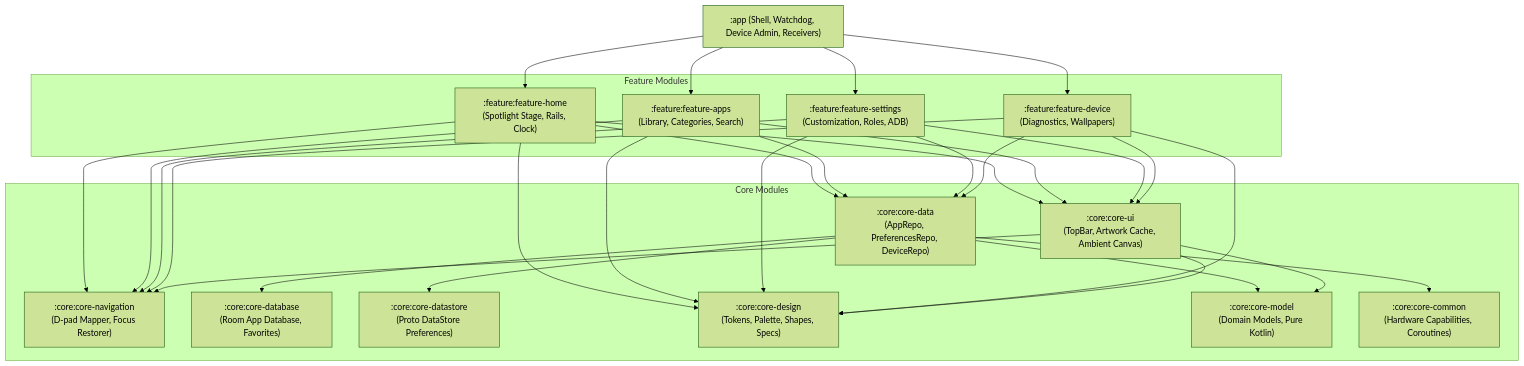
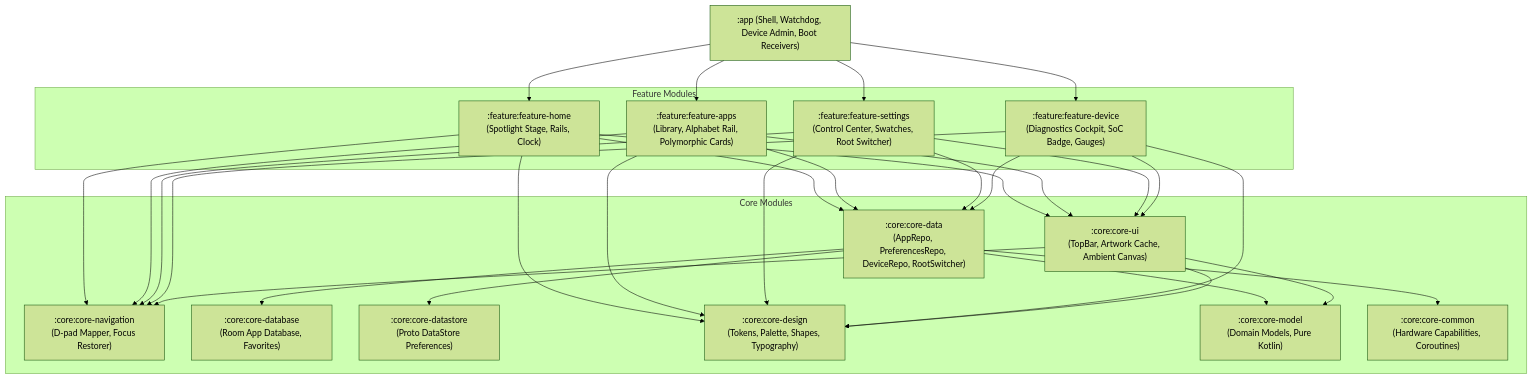
Before and after one commit to aboulouafaeit-sys/LunMed-TV: the diagram in README.md, drawn with Mermaid (forest theme). The commit also changed other lines of this file and 15 other files, not shown here.

````diff
--- a/README.md
+++ b/README.md
@@ -42,35 +83,27 @@
 ```mermaid
 graph TD
-    APP[":app (Shell, Watchdog, Device Admin, Receivers)"]
+    APP[":app (Shell, Watchdog, Device Admin, Boot Receivers)"]
     
     subgraph Feature Modules
         F_HOME[":feature:feature-home\n(Spotlight Stage, Rails, Clock)"]
-        F_APPS[":feature:feature-apps\n(Library, Categories, Search)"]
-        F_SETTINGS[":feature:feature-settings\n(Customization, Roles, ADB)"]
-        F_DEVICE[":feature:feature-device\n(Diagnostics, Wallpapers)"]
+        F_APPS[":feature:feature-apps\n(Library, Alphabet Rail, Polymorphic Cards)"]
+        F_SETTINGS[":feature:feature-settings\n(Control Center, Swatches, Root Switcher)"]
+        F_DEVICE[":feature:feature-device\n(Diagnostics Cockpit, SoC Badge, Gauges)"]
     end
     
     subgraph Core Modules
         C_NAV[":core:core-navigation\n(D-pad Mapper, Focus Restorer)"]
         C_UI[":core:core-ui\n(TopBar, Artwork Cache, Ambient Canvas)"]
-        C_DATA[":core:core-data\n(AppRepo, PreferencesRepo, DeviceRepo)"]
+        C_DATA[":core:core-data\n(AppRepo, PreferencesRepo, DeviceRepo, RootSwitcher)"]
         C_DB[":core:core-database\n(Room App Database, Favorites)"]
         C_DS[":core:core-datastore\n(Proto DataStore Preferences)"]
-        C_DESIGN[":core:core-design\n(Tokens, Palette, Shapes, Specs)"]
+        C_DESIGN[":core:core-design\n(Tokens, Palette, Shapes, Typography)"]
         C_MODEL[":core:core-model\n(Domain Models, Pure Kotlin)"]
         C_COMMON[":core:core-common\n(Hardware Capabilities, Coroutines)"]
     end
 
-    APP --> F_HOME
-    APP --> F_APPS
-    APP --> F_SETTINGS
-    APP --> F_DEVICE
-    
-    F_HOME --> C_UI & C_DATA & C_NAV & C_DESIGN
-    F_APPS --> C_UI & C_DATA & C_NAV & C_DESIGN
-    F_SETTINGS --> C_UI & C_DATA & C_NAV & C_DESIGN
-    F_DEVICE --> C_UI & C_DATA & C_NAV & C_DESIGN
-    
+    APP --> F_HOME & F_APPS & F_SETTINGS & F_DEVICE
+    F_HOME & F_APPS & F_SETTINGS & F_DEVICE --> C_UI & C_DATA & C_NAV & C_DESIGN
     C_DATA --> C_DB & C_DS & C_MODEL & C_COMMON
     C_UI --> C_MODEL & C_DESIGN & C_NAV
 ```
````
